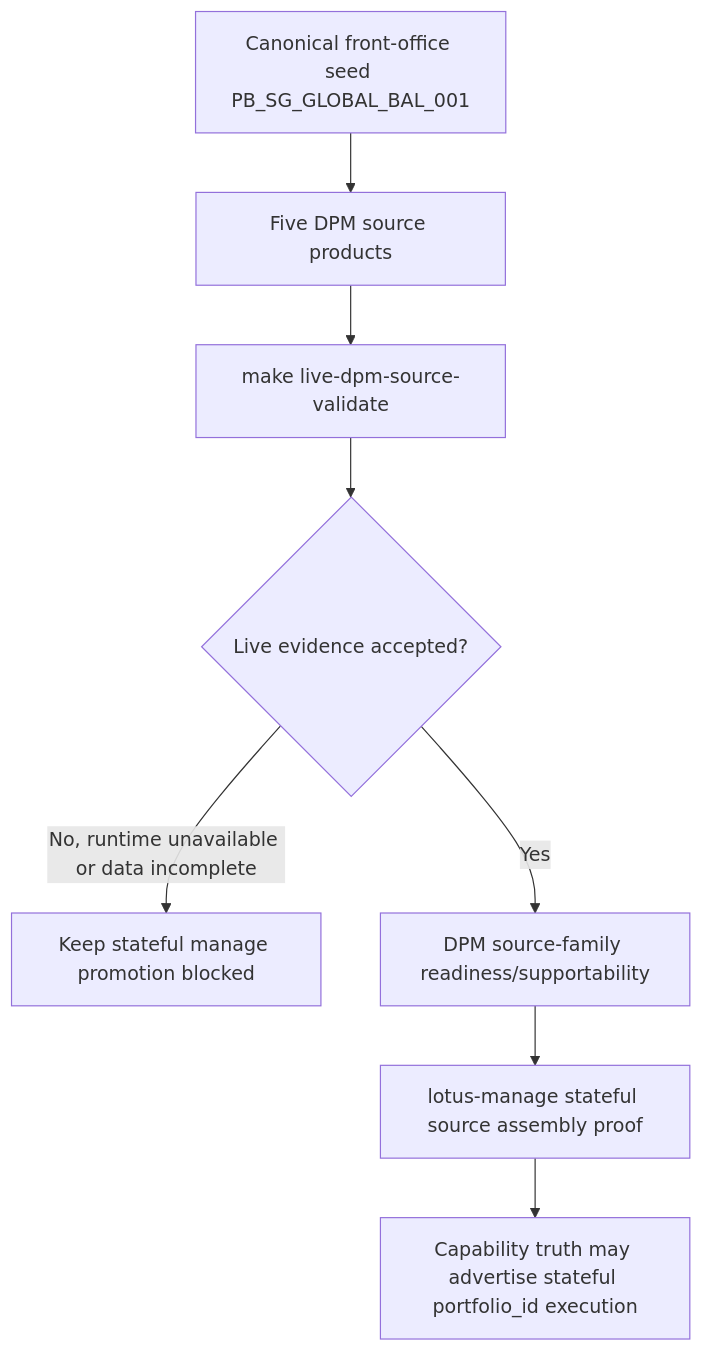
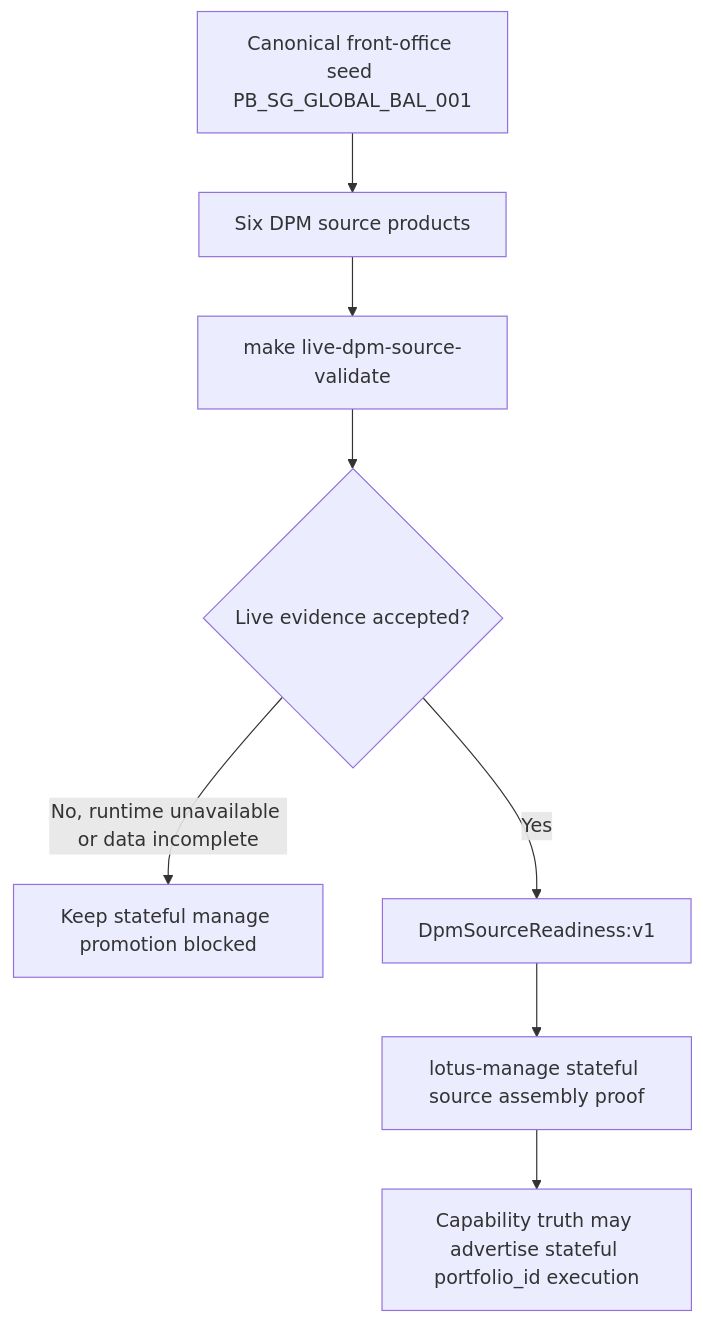
One commit to sgajbi/lotus-core changed the second of 2 diagrams in wiki/Mesh-Data-Products.md. Above: the diagram before and after it, drawn with Mermaid. The commit also changed other lines of this file and 19 other files, not shown here.

Commit message:
feat: add DPM source readiness product

````diff
--- a/wiki/Mesh-Data-Products.md
+++ b/wiki/Mesh-Data-Products.md
@@ -76,10 +84,10 @@
 ```mermaid
 flowchart TD
-    Seed[Canonical front-office seed PB_SG_GLOBAL_BAL_001] --> CoreProducts[Five DPM source products]
+    Seed[Canonical front-office seed PB_SG_GLOBAL_BAL_001] --> CoreProducts[Six DPM source products]
     CoreProducts --> LiveValidator[make live-dpm-source-validate]
     LiveValidator --> Evidence{Live evidence accepted?}
     Evidence -->|No, runtime unavailable or data incomplete| Blocked[Keep stateful manage promotion blocked]
-    Evidence -->|Yes| Readiness[DPM source-family readiness/supportability]
+    Evidence -->|Yes| Readiness[DpmSourceReadiness:v1]
     Readiness --> ManageProof[lotus-manage stateful source assembly proof]
     ManageProof --> Promote[Capability truth may advertise stateful portfolio_id execution]
 ```
````
